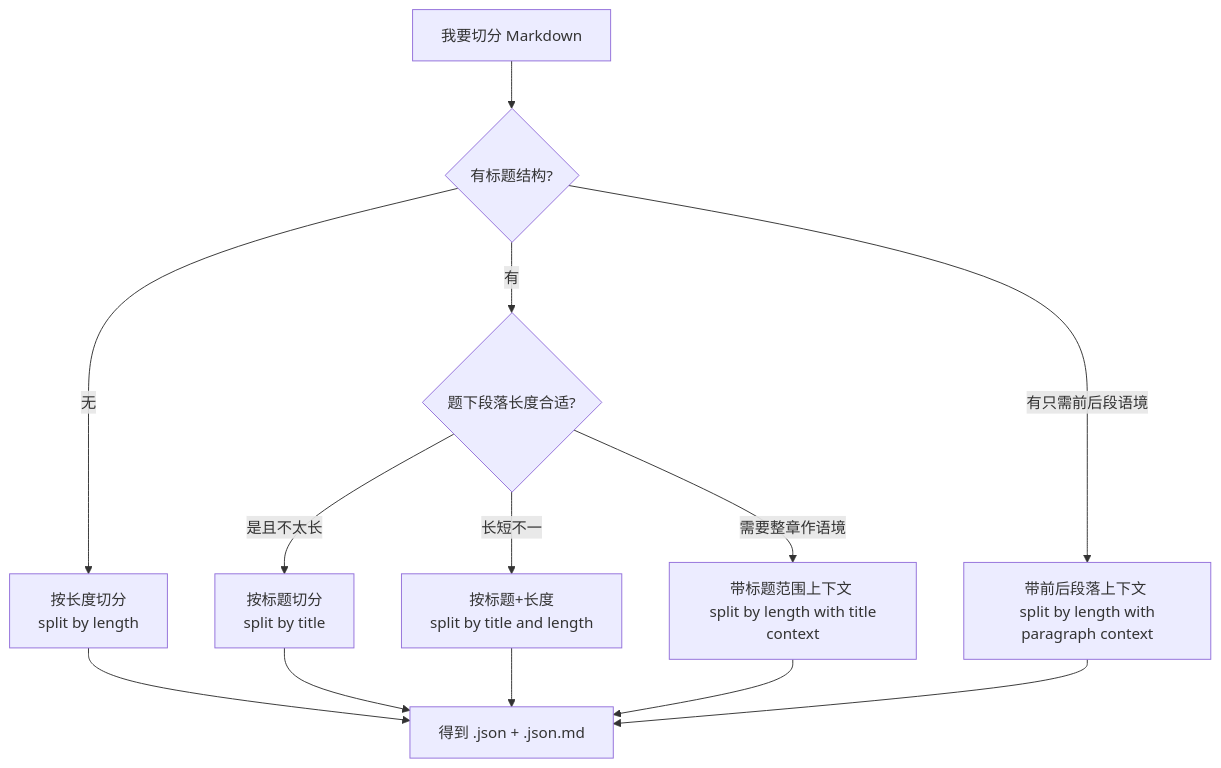
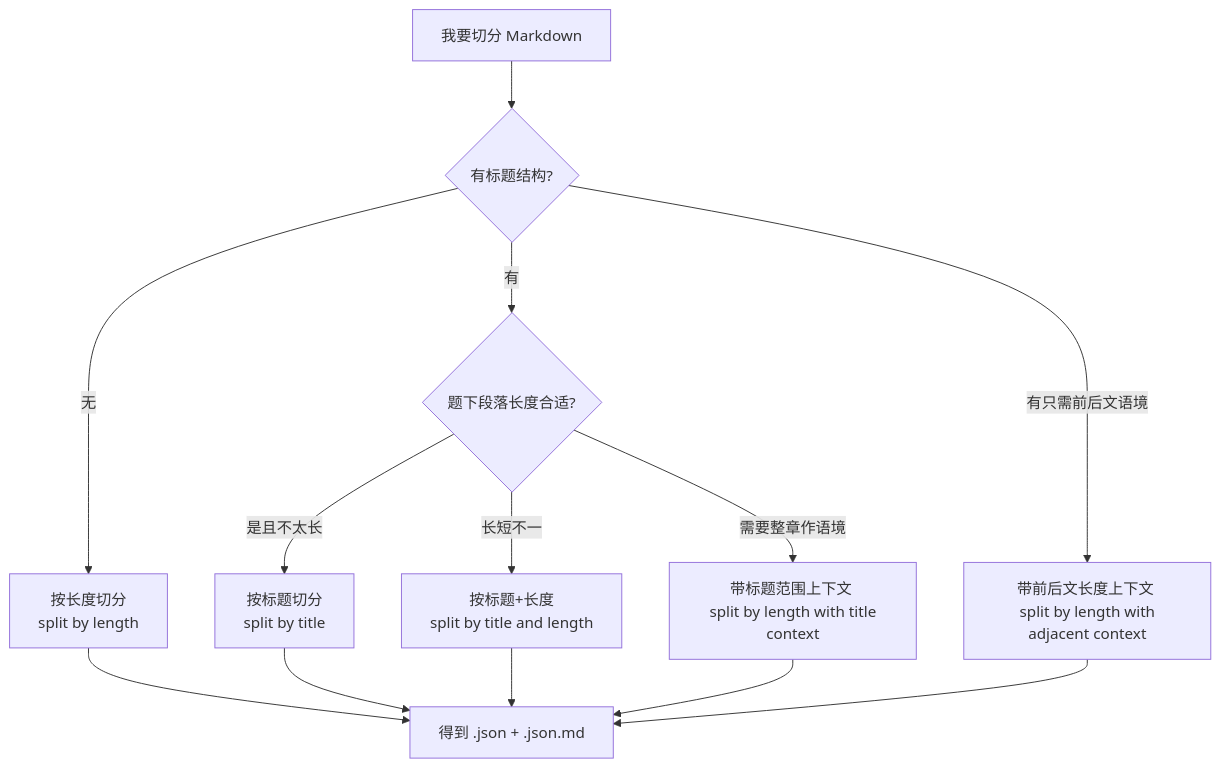
The third of 5 diagrams in docs/commands-cheatsheet.md (Fusyong/ai-proofread-vscode-extension), drawn with Mermaid before and after one commit. The commit also changed other lines of this file and 26 other files, not shown here.

Commit message:
change context management to adjacent context by min length, and reformat the structure of the report, and rename the images or the report to be more descriptive

````diff
--- a/docs/commands-cheatsheet.md
+++ b/docs/commands-cheatsheet.md
@@ -202,16 +202,16 @@
 ```mermaid
 flowchart TD
     Start["我要切分 Markdown"] --> Q1{"有标题结构?"}
     Q1 -->|无| ByLen["按长度切分 <br> split by length"]
     Q1 -->|有| Q2{"题下段落长度合适?"}
     Q2 -->|是且不太长| ByTitle["按标题切分 <br> split by title"]
     Q2 -->|长短不一| ByTitleLen["按标题+长度 <br> split by title and length"]
     Q2 -->|需要整章作语境| WithTitleCtx["带标题范围上下文 <br> split by length with title context"]
-    Q1 -->|有只需前后段语境| WithParaCtx["带前后段落上下文 <br> split by length with paragraph context"]
+    Q1 -->|有只需前后文语境| WithParaCtx["带前后文长度上下文 <br> split by length with adjacent context"]
 
     ByLen --> Out["得到 .json + .json.md"]
     ByTitle --> Out
     ByTitleLen --> Out
     WithTitleCtx --> Out
     WithParaCtx --> Out
 ```
````
